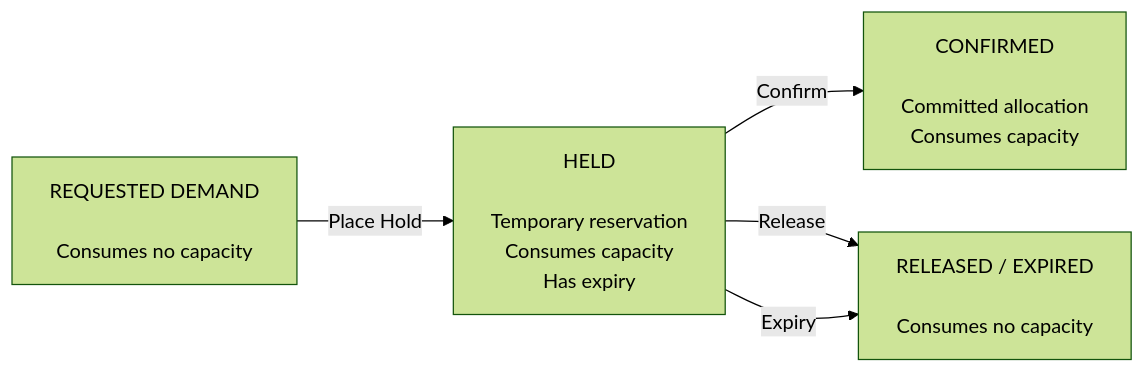
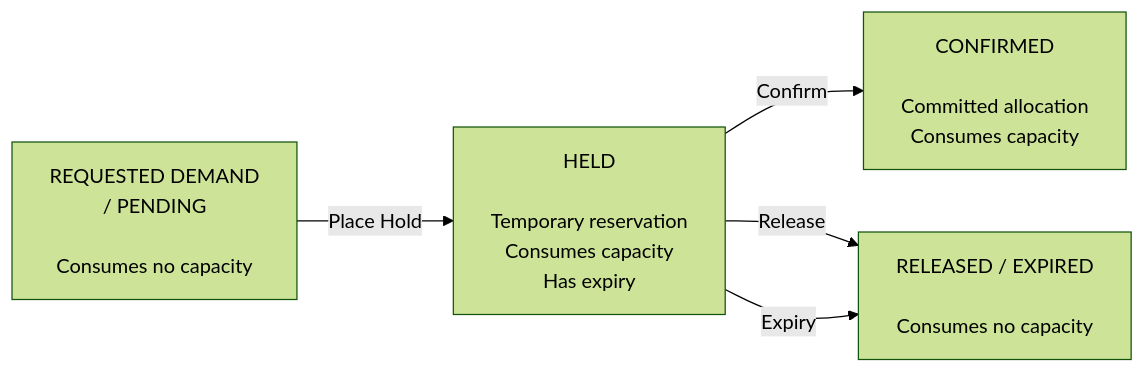
The second of 4 diagrams in booking-lifecycle-and-contention.md (BruceRoyce/smg-stage-2), drawn with Mermaid (forest theme) before and after one commit. The commit also changed other lines of this file and 4 other files, not shown here.

````diff
--- a/booking-lifecycle-and-contention.md
+++ b/booking-lifecycle-and-contention.md
@@ -134,16 +134,16 @@
 ```mermaid
 flowchart LR
 
-    DEMAND["REQUESTED DEMAND<br/><br/>Consumes no capacity"]
+    DEMAND["REQUESTED DEMAND<br/>/ PENDING<br/><br/>Consumes no capacity"]
 
     HELD["HELD<br/><br/>Temporary reservation<br/>Consumes capacity<br/>Has expiry"]
 
     CONF["CONFIRMED<br/><br/>Committed allocation<br/>Consumes capacity"]
 
     RELEASED["RELEASED / EXPIRED<br/><br/>Consumes no capacity"]
 
     DEMAND -->|"Place Hold"| HELD
     HELD -->|"Confirm"| CONF
     HELD -->|"Release"| RELEASED
     HELD -->|"Expiry"| RELEASED
 ```
````
